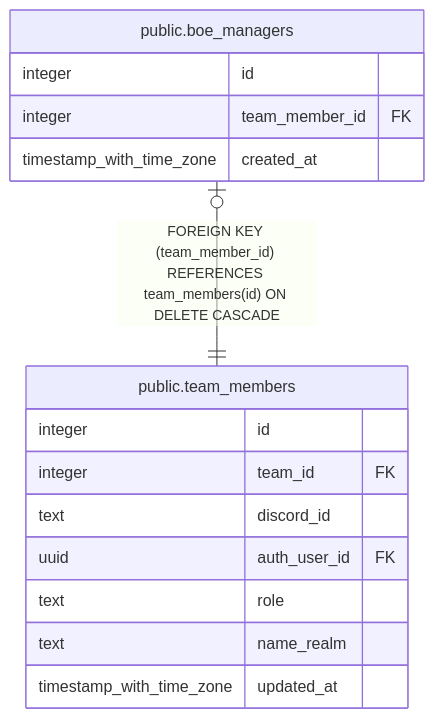
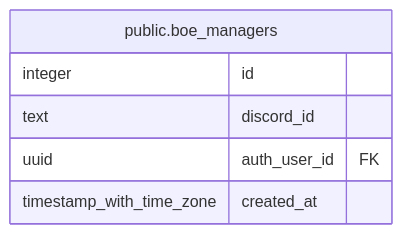
The diagram in dbdoc/public.boe_managers.md (katogaming88/Phoenix-Roster), drawn with Mermaid before and after one commit. The commit also changed other lines of this file and 19 other files, not shown here.

````diff
--- a/dbdoc/public.boe_managers.md
+++ b/dbdoc/public.boe_managers.md
@@ -28,20 +29,11 @@
 ```mermaid
 erDiagram
 
-"public.boe_managers" |o--|| "public.team_members" : "FOREIGN KEY (team_member_id) REFERENCES team_members(id) ON DELETE CASCADE"
 
 "public.boe_managers" {
   integer id
-  integer team_member_id FK
+  text discord_id
+  uuid auth_user_id FK
   timestamp_with_time_zone created_at
 }
-"public.team_members" {
-  integer id
-  integer team_id FK
-  text discord_id
-  uuid auth_user_id FK
-  text role
-  text name_realm
-  timestamp_with_time_zone updated_at
-}
 ```
````
